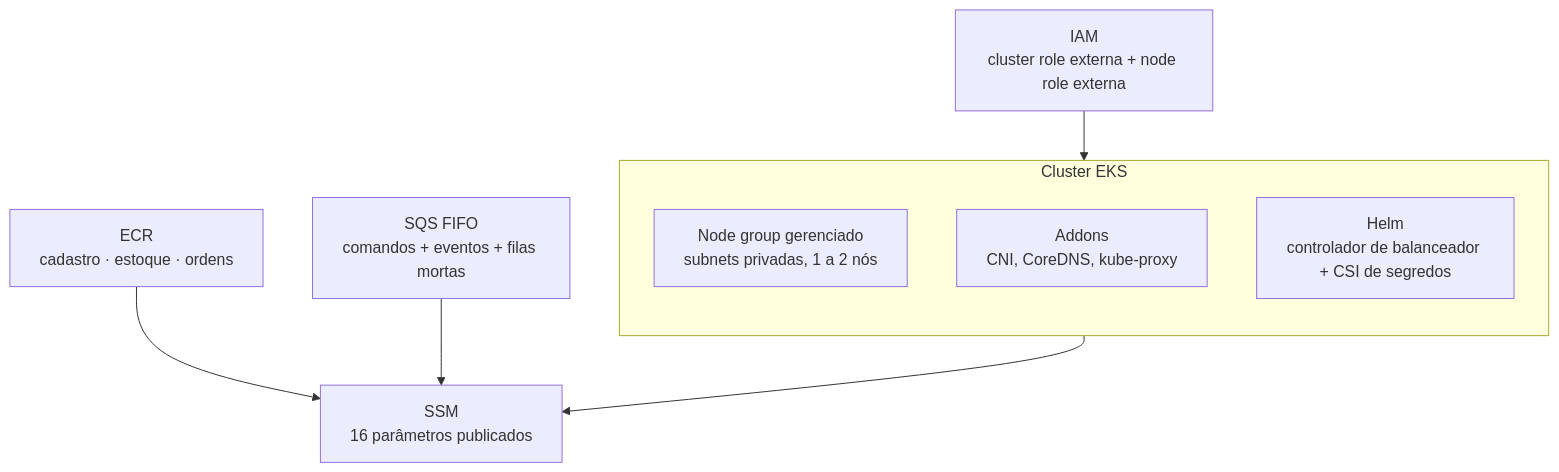
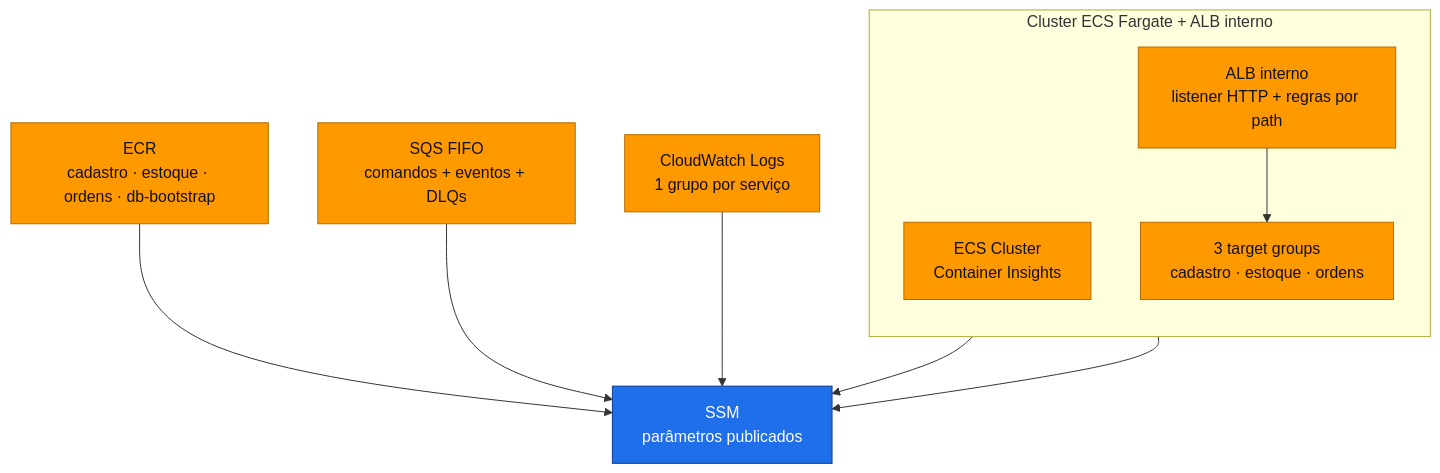
One commit to fabianorodrigues/oficina-infra-fiap-fase4 changed the first of 2 diagrams in README.md. Above: the diagram before and after it, drawn with Mermaid. The commit also changed other lines of this file, not shown here.

Commit message:
docs: reescrever README para plataforma ECS/ALB e entrypoint

````diff
--- a/README.md
+++ b/README.md
@@ -71,19 +66,26 @@
 ```mermaid
 flowchart TB
-    subgraph EKS["Cluster EKS"]
+    subgraph Plataforma["Cluster ECS Fargate + ALB interno"]
         direction TB
-        NG["Node group gerenciado<br/>subnets privadas, 1 a 2 nós"]
-        Addons["Addons<br/>CNI, CoreDNS, kube-proxy"]
-        Helm["Helm<br/>controlador de balanceador + CSI de segredos"]
+        Cluster["ECS Cluster<br/>Container Insights"]
+        ALB["ALB interno<br/>listener HTTP + regras por path"]
+        TG["3 target groups<br/>cadastro · estoque · ordens"]
+        ALB --> TG
     end
 
-    ECR["ECR<br/>cadastro · estoque · ordens"]
-    SQS["SQS FIFO<br/>comandos + eventos + filas mortas"]
-    IAM["IAM<br/>cluster role externa + node role externa"]
-    SSM["SSM<br/>16 parâmetros publicados"]
+    ECR["ECR<br/>cadastro · estoque · ordens · db-bootstrap"]
+    SQS["SQS FIFO<br/>comandos + eventos + DLQs"]
+    Logs["CloudWatch Logs<br/>1 grupo por serviço"]
+    SSM["SSM<br/>parâmetros publicados"]
 
-    IAM --> EKS
-    EKS --> SSM
+    Cluster --> SSM
+    ALB --> SSM
     ECR --> SSM
     SQS --> SSM
+    Logs --> SSM
+
+    classDef infra fill:#FF9900,stroke:#b36b00,color:#111
+    classDef pub fill:#1f6feb,stroke:#0b3d91,color:#fff
+    class Cluster,ALB,TG,ECR,SQS,Logs infra
+    class SSM pub
 ```
````
